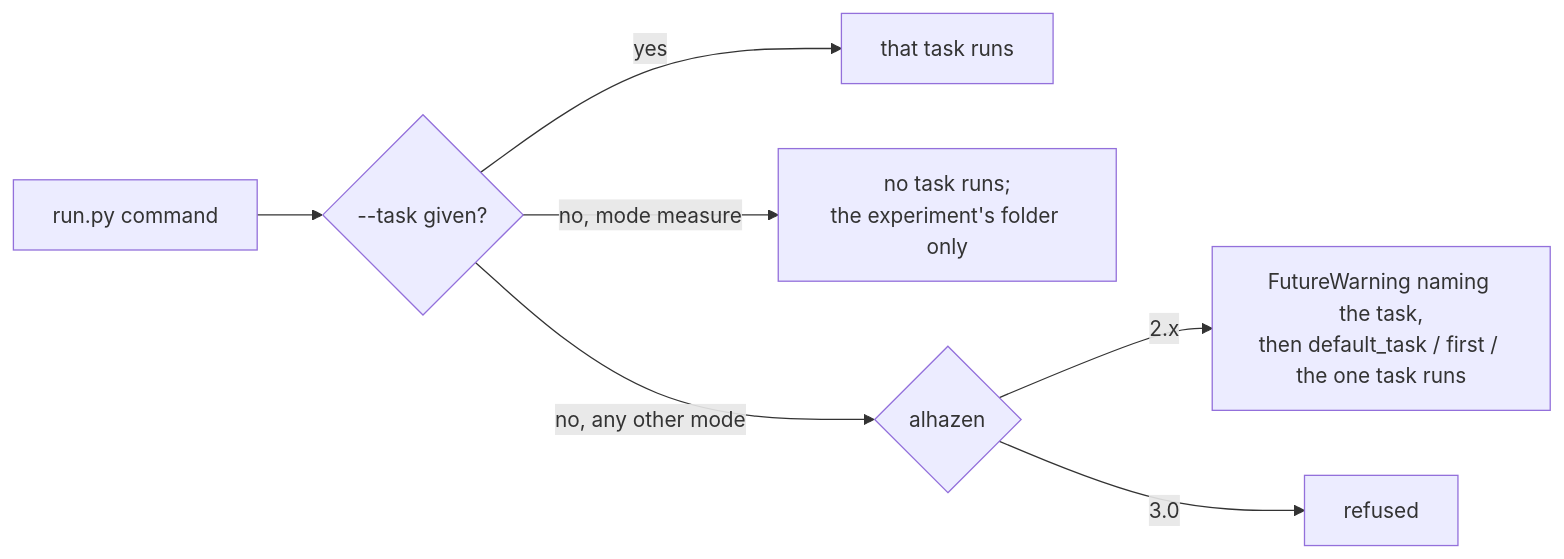
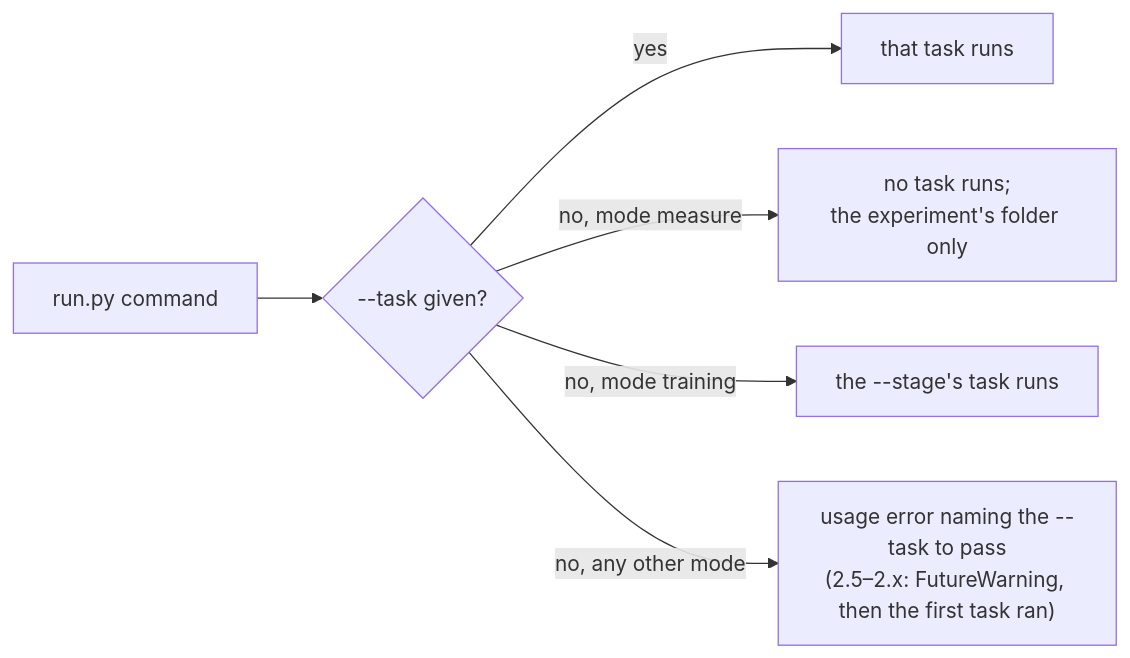
One commit to sh4r11f/alhazen changed diagram 17 of 18 in docs/architecture.md. Above: the diagram before and after it, drawn with Mermaid. The commit also changed other lines of this file and 25 other files, not shown here.

````diff
--- a/docs/architecture.md
+++ b/docs/architecture.md
@@ -2385,9 +2387,8 @@
 ```mermaid
 flowchart LR
     CMD["run.py command"] --> HAS{"--task given?"}
     HAS -- "yes" --> RUN["that task runs"]
     HAS -- "no, mode measure" --> MEAS["no task runs;<br/>the experiment's folder only"]
-    HAS -- "no, any other mode" --> OLD{"alhazen"}
-    OLD -- "2.x" --> WARN["FutureWarning naming the task,<br/>then default_task / first / the one task runs"]
-    OLD -- "3.0" --> REFUSE["refused"]
+    HAS -- "no, mode training" --> STAGE["the --stage's task runs"]
+    HAS -- "no, any other mode" --> REFUSE["usage error naming the --task to pass<br/>(2.5–2.x: FutureWarning, then the first task ran)"]
 ```
````
